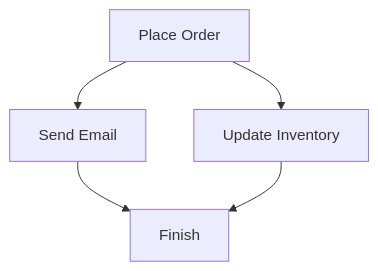
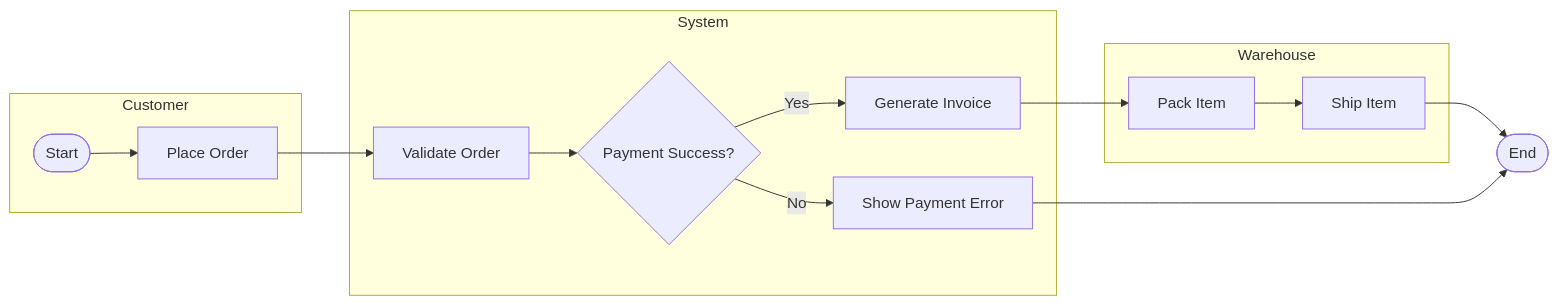
Before and after one commit to namaewafaisal/Obsidian_Vault: the third of 3 diagrams in 03-Academics/OOSE/New Draft/5.7 — Activity Diagram.md, drawn with Mermaid. The commit also changed other lines of this file and 4 other files, not shown here.

````diff
--- a/03-Academics/OOSE/New Draft/5.7 — Activity Diagram.md
+++ b/03-Academics/OOSE/New Draft/5.7 — Activity Diagram.md
@@ -88,10 +211,35 @@
 ```mermaid
-flowchart TD
-    A[Place Order]
+flowchart LR
 
-    A --> B[Send Email]
-    A --> C[Update Inventory]
+subgraph Customer
+A([Start])
+B[Place Order]
+end
 
-    B --> D[Finish]
-    C --> D
+subgraph System
+C[Validate Order]
+D{Payment Success?}
+E[Generate Invoice]
+F[Show Payment Error]
+end
+
+subgraph Warehouse
+G[Pack Item]
+H[Ship Item]
+end
+
+I([End])
+
+A --> B
+B --> C
+C --> D
+
+D -->|Yes| E
+D -->|No| F
+
+E --> G
+G --> H
+H --> I
+
+F --> I
 ```
````
